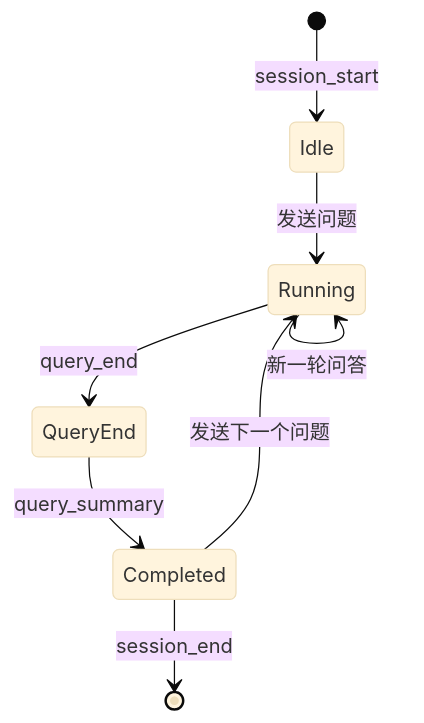
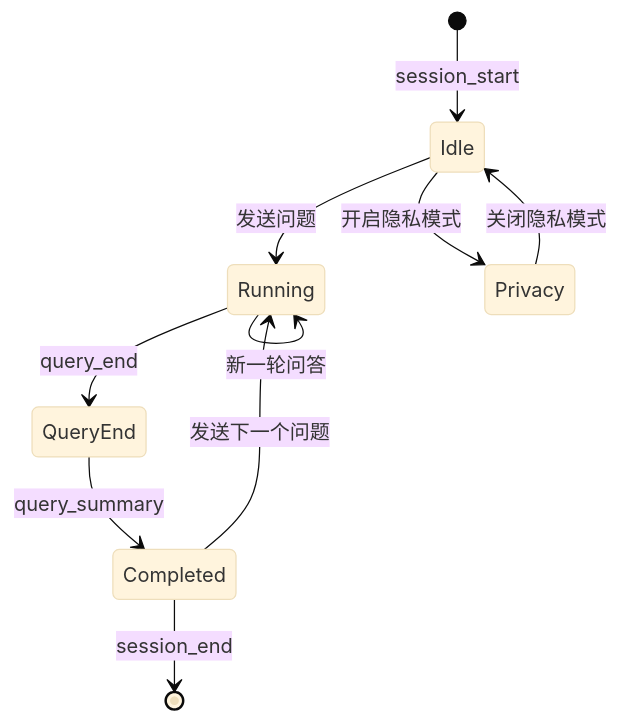
The fifth of 5 diagrams in README.md (ogj130/claude-code-dag-web-ui), drawn with Mermaid (base theme) before and after one commit. The commit also changed other lines of this file, not shown here.

First line of the commit message:
docs: update README with new features and improved architecture diagrams

````diff
--- a/README.md
+++ b/README.md
@@ -202,10 +262,12 @@
 ```mermaid
 stateDiagram-v2
     [*] --> Idle: session_start
     Idle --> Running: 发送问题
     Running --> Running: 新一轮问答
     Running --> QueryEnd: query_end
     QueryEnd --> Completed: query_summary
     Completed --> Running: 发送下一个问题
     Completed --> [*]: session_end
+    Idle --> Privacy: 开启隐私模式
+    Privacy --> Idle: 关闭隐私模式
 ```
````
